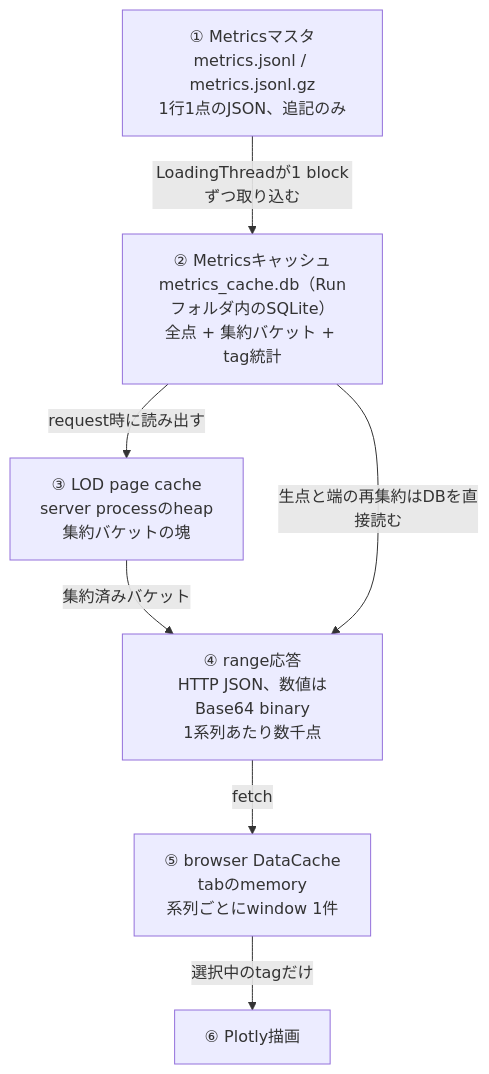
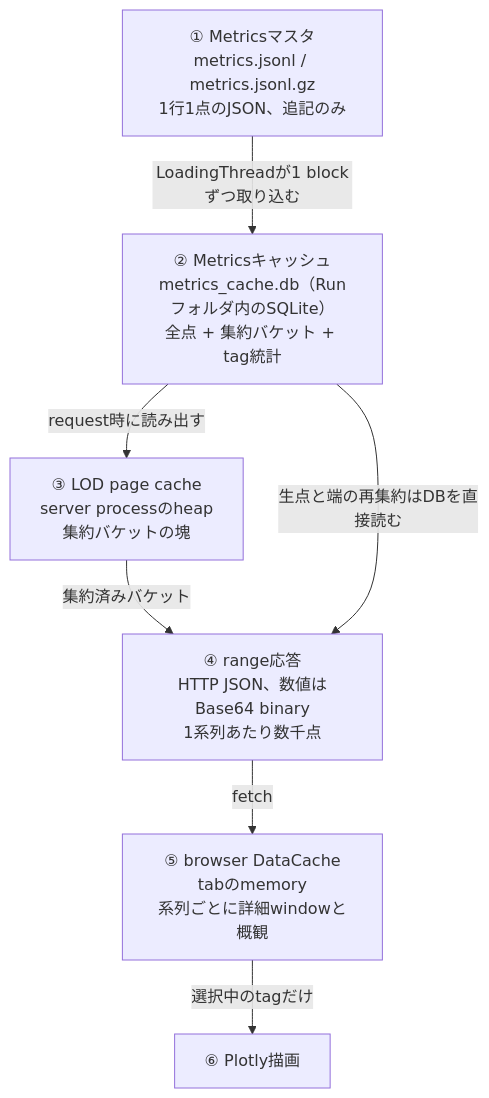
The first of 5 diagrams in docs/design/210_metrics_viewer.jp.md (kazukin123/anet-lab), drawn with Mermaid before and after one commit. The commit also changed other lines of this file and 60 other files, not shown here.

````diff
--- a/docs/design/210_metrics_viewer.jp.md
+++ b/docs/design/210_metrics_viewer.jp.md
@@ -51,16 +51,16 @@
 ```mermaid
 flowchart TD
   A["① Metricsマスタ<br/>metrics.jsonl / metrics.jsonl.gz<br/>1行1点のJSON、追記のみ"]
   B["② Metricsキャッシュ<br/>metrics_cache.db（Runフォルダ内のSQLite）<br/>全点 + 集約バケット + tag統計"]
   C["③ LOD page cache<br/>server processのheap<br/>集約バケットの塊"]
   D["④ range応答<br/>HTTP JSON、数値はBase64 binary<br/>1系列あたり数千点"]
-  E["⑤ browser DataCache<br/>tabのmemory<br/>系列ごとにwindow 1件"]
+  E["⑤ browser DataCache<br/>tabのmemory<br/>系列ごとに詳細windowと概観"]
   F["⑥ Plotly描画"]
 
   A -->|LoadingThreadが1 blockずつ取り込む| B
   B -->|request時に読み出す| C
   C -->|集約済みバケット| D
   B -->|生点と端の再集約はDBを直接読む| D
   D -->|fetch| E
   E -->|選択中のtagだけ| F
 ```
````
